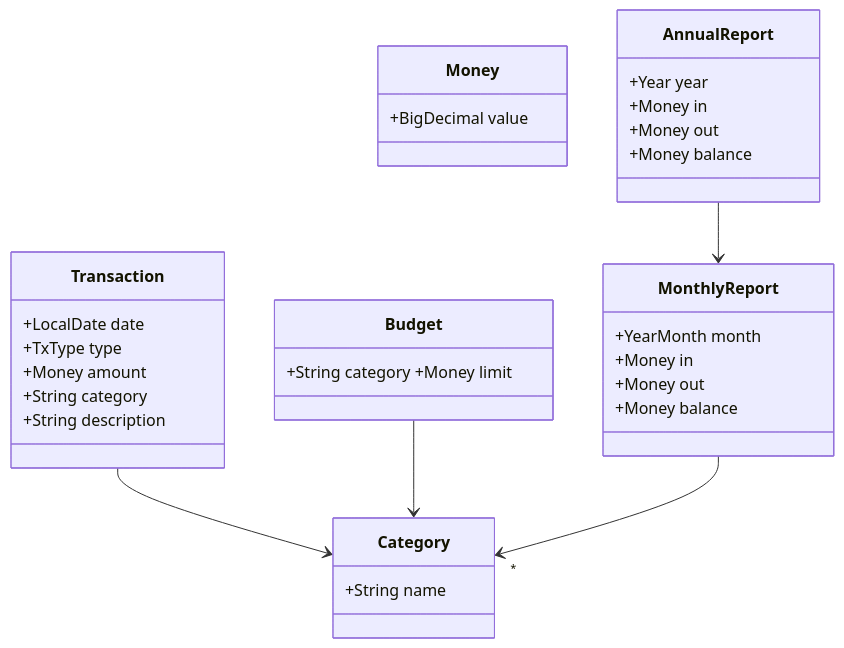
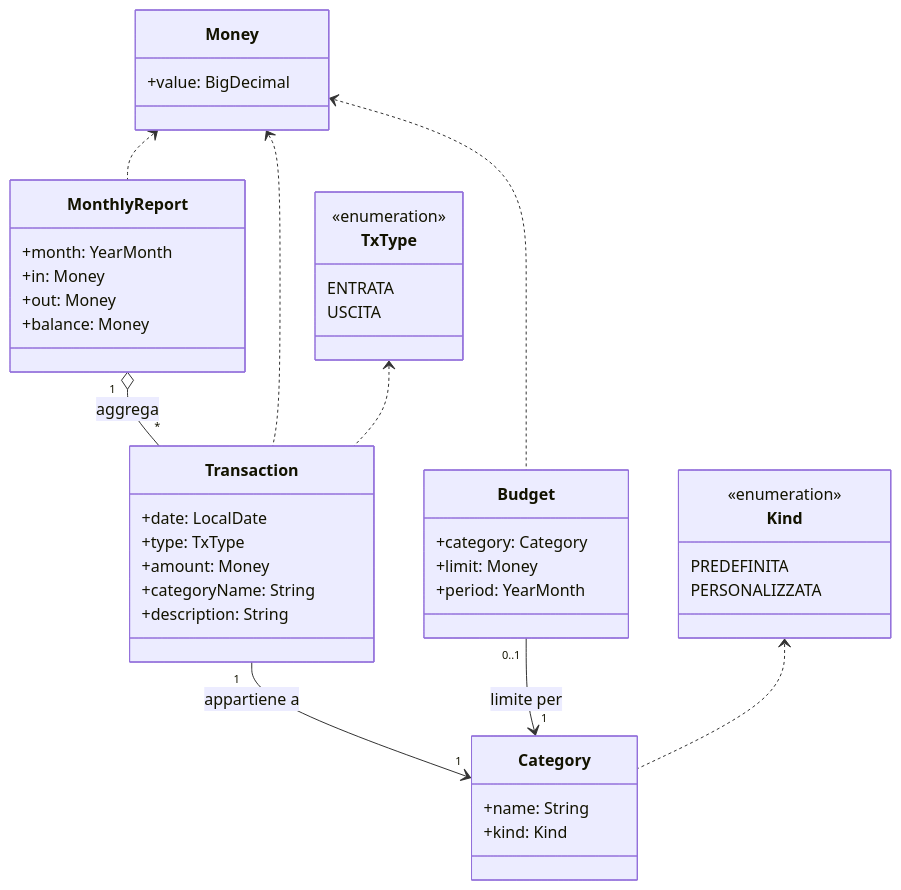
One commit to acetheberliner/MoneyMinder changed the first of 8 diagrams in README.md. Above: the diagram before and after it, drawn with Mermaid. The commit also changed other lines of this file, not shown here.

````diff
--- a/README.md
+++ b/README.md
@@ -49,31 +50,58 @@
 ```mermaid
 classDiagram
-    direction TB
-    class Transaction {
-        +LocalDate date
-        +TxType type
-        +Money amount
-        +String category
-        +String description
-    }
-    class Category { +String name }
-    class Money { +BigDecimal value }
-    class Budget { +String category +Money limit }
-    class MonthlyReport {
-        +YearMonth month
-        +Money in
-        +Money out
-        +Money balance
-    }
-    class AnnualReport {
-        +Year year
-        +Money in
-        +Money out
-        +Money balance
-    }
+direction TB
 
-    Transaction --> Category
-    Budget --> Category
-    MonthlyReport --> "*" Category
-    AnnualReport --> MonthlyReport
+class Transaction {
+  +date: LocalDate
+  +type: TxType
+  +amount: Money
+  +categoryName: String
+  +description: String
+}
+
+class Category {
+  +name: String
+  +kind: Kind
+}
+
+class Budget {
+  +category: Category
+  +limit: Money
+  +period: YearMonth
+}
+
+class Money {
+  +value: BigDecimal
+}
+
+class MonthlyReport {
+  +month: YearMonth
+  +in: Money
+  +out: Money
+  +balance: Money
+}
+
+class TxType {
+  <<enumeration>>
+  ENTRATA
+  USCITA
+}
+
+class Kind {
+  <<enumeration>>
+  PREDEFINITA
+  PERSONALIZZATA
+}
+
+%% Relazioni (solo dominio, niente tech)
+Transaction "1" --> "1" Category : appartiene a
+Budget "0..1" --> "1" Category : limite per
+MonthlyReport "1" o-- "*" Transaction : aggrega
+
+Money <.. Transaction
+Money <.. MonthlyReport
+Money <.. Budget
+TxType <.. Transaction
+Kind <.. Category
+
 ```
````
